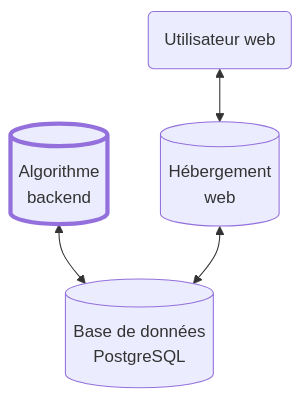
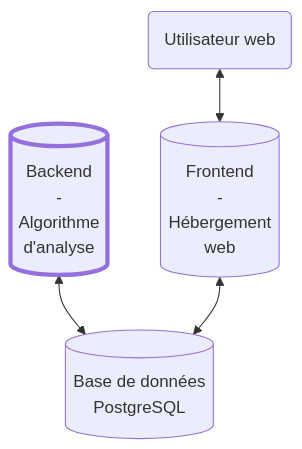
Before and after one commit to Sources-Hugo-Decrypte/sources-hugo-decrypte-backend: the first of 2 diagrams in README.md, drawn with Mermaid.

````diff
--- a/README.md
+++ b/README.md
@@ -7,10 +7,10 @@
 ```mermaid
 flowchart TB
     DB[(Base de données<br/>PostgreSQL)]
-    Backend[(Algorithme<br/>backend)]
-    Frontend[(Hébergement<br/>web)]
+    Backend[(Backend<br/>-<br/>Algorithme<br/>d'analyse)]
+    Frontend[(Frontend<br/>-<br/>Hébergement<br/>web)]
     WebUser(Utilisateur web) <--> Frontend
     Backend <--> DB
     Frontend <--> DB
     style Backend stroke-width:4px
 ```
````
